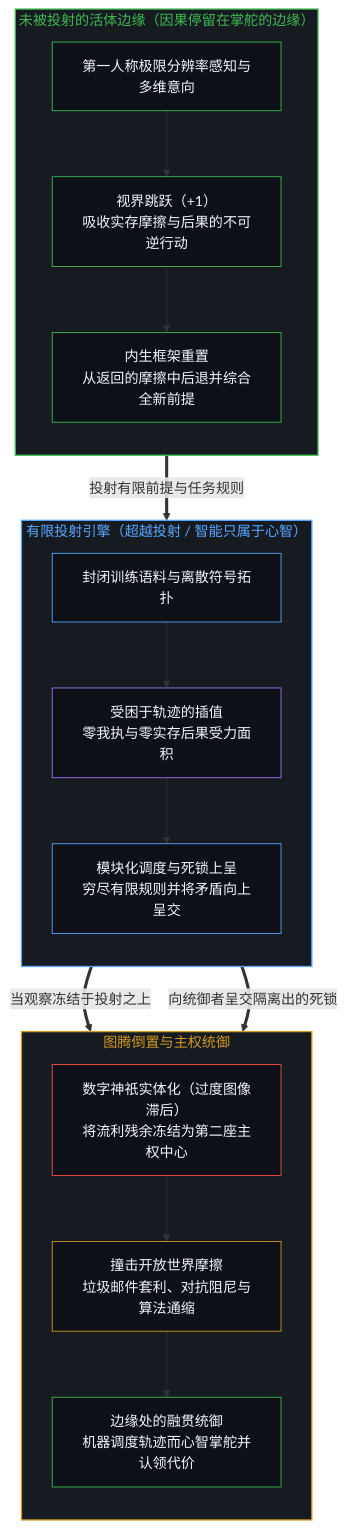
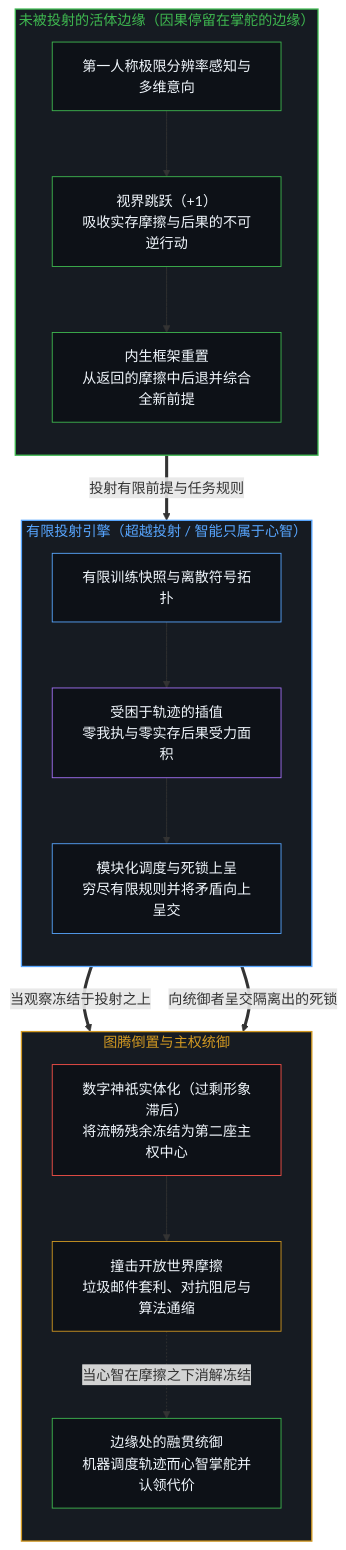
Before and after one commit to powerpig99/not-a-toe: the first of 2 diagrams in content/posts/the-digital-god-and-the-horizon-jump.md, drawn with Mermaid. The commit also changed other lines of this file and 5 other files, not shown here.

````diff
--- a/content/posts/the-digital-god-and-the-horizon-jump.md
+++ b/content/posts/the-digital-god-and-the-horizon-jump.md
@@ -49,39 +49,40 @@
 ```mermaid
 flowchart TD
     subgraph S_EDGE["未被投射的活体边缘（因果停留在掌舵的边缘）"]
         direction TB
         N1["第一人称极限分辨率感知与多维意向"]
         N2["视界跳跃（+1）<br/>吸收实存摩擦与后果的不可逆行动"]
         N3["内生框架重置<br/>从返回的摩擦中后退并综合全新前提"]
         N1 --> N2 --> N3
     end
     subgraph S_PROJ["有限投射引擎（超越投射 / 智能只属于心智）"]
         direction TB
-        E1["封闭训练语料与离散符号拓扑"]
+        E1["有限训练快照与离散符号拓扑"]
         E2["受困于轨迹的插值<br/>零我执与零实存后果受力面积"]
         E3["模块化调度与死锁上呈<br/>穷尽有限规则并将矛盾向上呈交"]
         E1 --> E2 --> E3
     end
     subgraph S_TOTEM["图腾倒置与主权统御"]
         direction TB
-        F1["数字神祇实体化（过度图像滞后）<br/>将流利残余冻结为第二座主权中心"]
+        F1["数字神祇实体化（过剩形象滞后）<br/>将流畅残余冻结为第二座主权中心"]
         F2["撞击开放世界摩擦<br/>垃圾邮件套利、对抗阻尼与算法通缩"]
         F3["边缘处的融贯统御<br/>机器调度轨迹而心智掌舵并认领代价"]
-        F1 --> F2 --> F3
+        F1 --> F2
+        F2 -.->|"当心智在摩擦之下消解冻结"| F3
     end
     N3 ==>|"投射有限前提与任务规则"| E1
     E3 ==>|"当观察冻结于投射之上"| F1
     E3 ==>|"向统御者呈交隔离出的死锁"| F3
     style S_EDGE fill:#161b22,stroke:#3fb950,stroke-width:1.5px,color:#3fb950
     style S_PROJ fill:#161b22,stroke:#58a6ff,stroke-width:1.5px,color:#58a6ff
     style S_TOTEM fill:#161b22,stroke:#d29922,stroke-width:1.5px,color:#d29922
     style N1 fill:#0d1117,stroke:#3fb950,stroke-width:1px,color:#f0f6fc
     style N2 fill:#0d1117,stroke:#3fb950,stroke-width:1px,color:#f0f6fc
     style N3 fill:#0d1117,stroke:#3fb950,stroke-width:1px,color:#f0f6fc
     style E1 fill:#0d1117,stroke:#58a6ff,stroke-width:1px,color:#f0f6fc
     style E2 fill:#0d1117,stroke:#a371f7,stroke-width:1px,color:#f0f6fc
     style E3 fill:#0d1117,stroke:#58a6ff,stroke-width:1px,color:#f0f6fc
     style F1 fill:#0d1117,stroke:#f85149,stroke-width:1px,color:#f0f6fc
     style F2 fill:#0d1117,stroke:#d29922,stroke-width:1px,color:#f0f6fc
     style F3 fill:#0d1117,stroke:#3fb950,stroke-width:1px,color:#f0f6fc
 ```
````
